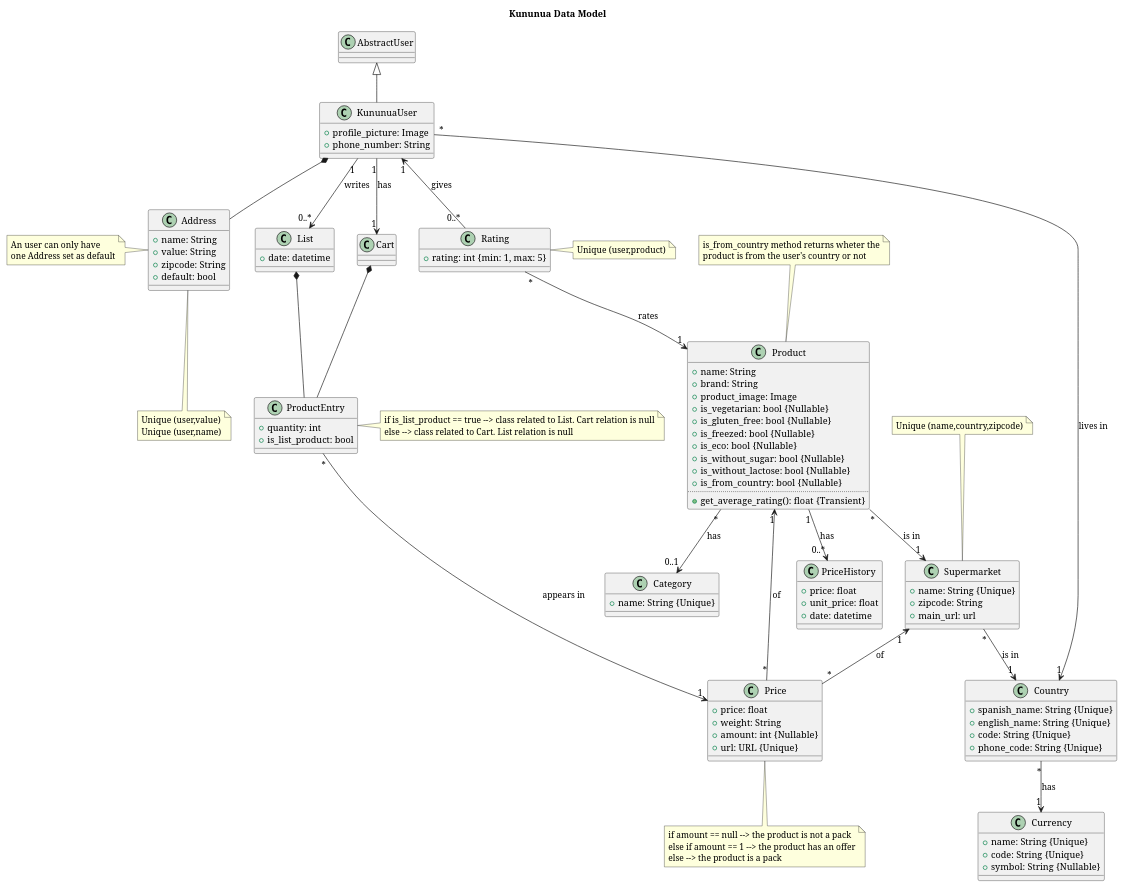
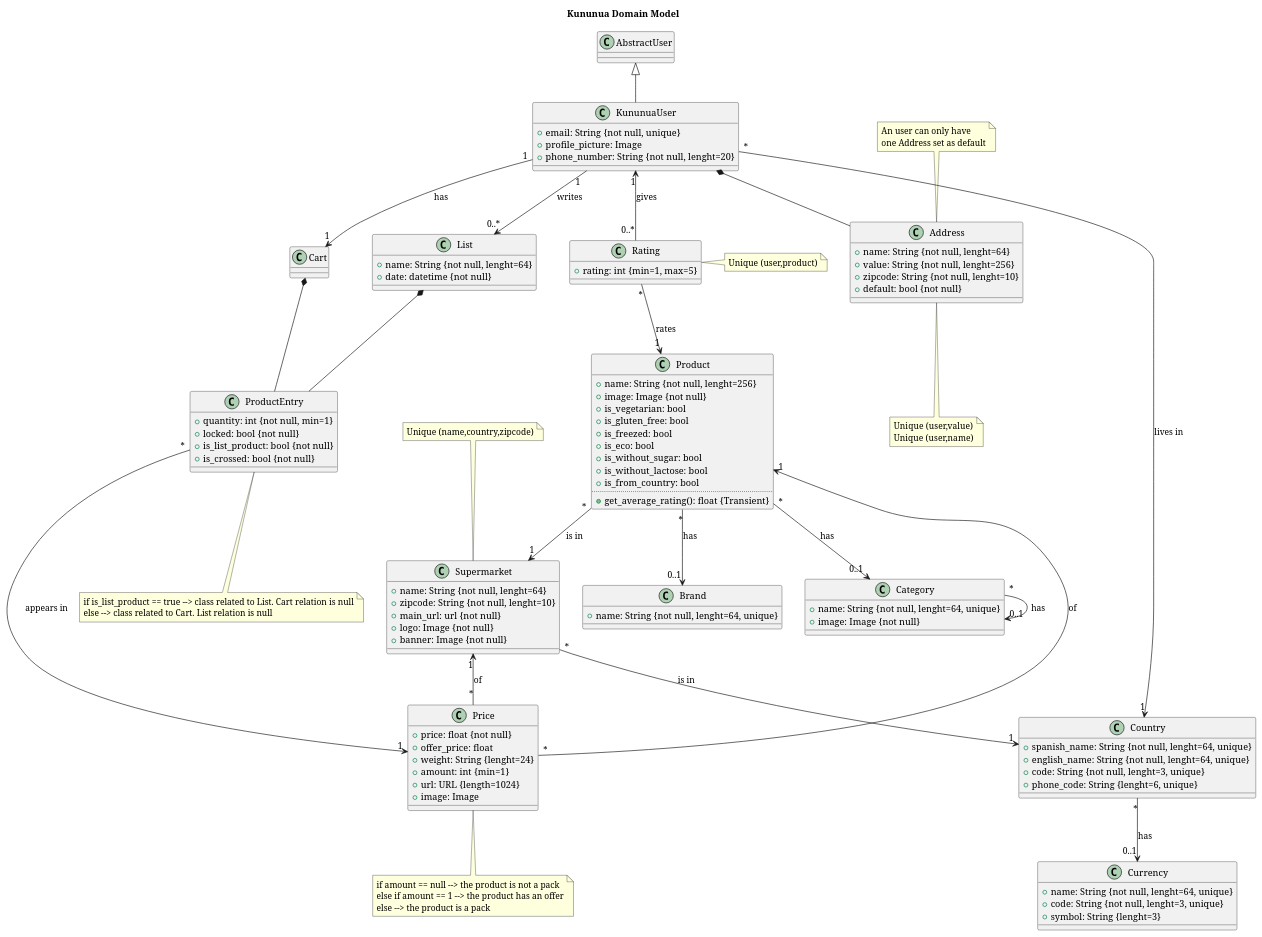
The diagram in documentation/diagrams/src/domain-diagram.wsd (Kununua/kununua-app), drawn with PlantUML before and after one commit. The commit also changed 6 other files, not shown here.

Commit message:
DOCS: ADDING NEW DIAGRAMS

```diff
--- a/documentation/diagrams/src/domain-diagram.wsd
+++ b/documentation/diagrams/src/domain-diagram.wsd
@@ -1,145 +1,147 @@
-@startuml KununuaDataModel
+@startuml KununuaDomainModel
 
 ' --------------- CONFIG ----------------
 
-title Kununua Data Model
+title Kununua Domain Model
 skinparam defaultFontName Serif
 
 ' --------------- CLASSES ----------------
 
 class AbstractUser{}
 
 class KununuaUser{
+    +email: String {not null, unique}
     +profile_picture: Image
-    +phone_number: String
+    +phone_number: String {not null, lenght=20}
 }
 
 class Country{
-    +spanish_name: String {Unique}
-    +english_name: String {Unique}
-    +code: String {Unique}
-    +phone_code: String {Unique}
+    +spanish_name: String {not null, lenght=64, unique}
+    +english_name: String {not null, lenght=64, unique}
+    +code: String {not null, lenght=3, unique}
+    +phone_code: String {lenght=6, unique}
 }
 
 class Currency{
-    +name: String {Unique}
-    +code: String {Unique}
-    +symbol: String {Nullable}
+    +name: String {not null, lenght=64, unique}
+    +code: String {not null, lenght=3, unique}
+    +symbol: String {lenght=3}
 }
 
 class Address{
-    +name: String
-    +value: String
-    +zipcode: String
-    +default: bool
+    +name: String {not null, lenght=64}
+    +value: String {not null, lenght=256}
+    +zipcode: String {not null, lenght=10}
+    +default: bool {not null}
 }
 
 class Product{
-    +name: String
-    +brand: String
-    +product_image: Image
-    +is_vegetarian: bool {Nullable}
-    +is_gluten_free: bool {Nullable}
-    +is_freezed: bool {Nullable}
-    +is_eco: bool {Nullable}
-    +is_without_sugar: bool {Nullable}
-    +is_without_lactose: bool {Nullable}
-    +is_from_country: bool {Nullable}
+    +name: String {not null, lenght=256}
+    +image: Image {not null}
+    +is_vegetarian: bool
+    +is_gluten_free: bool
+    +is_freezed: bool
+    +is_eco: bool
+    +is_without_sugar: bool
+    +is_without_lactose: bool
+    +is_from_country: bool
     ..
     +get_average_rating(): float {Transient}
 }
 
 class Price{
-    +price: float
-    +weight: String
-    +amount: int {Nullable}
-    +url: URL {Unique}
+    +price: float {not null}
+    +offer_price: float
+    +weight: String {lenght=24}
+    +amount: int {min=1}
+    +url: URL {length=1024}
+    +image: Image
+}
+
+class Brand{
+    +name: String {not null, lenght=64, unique}
 }
 
 class Category{
-    +name: String {Unique}
+    +name: String {not null, lenght=64, unique}
+    +image: Image {not null}
 }
 
 class Supermarket{
-    +name: String {Unique}
-    +zipcode: String
-    +main_url: url
+    +name: String {not null, lenght=64}
+    +zipcode: String {not null, lenght=10}
+    +main_url: url {not null}
+    +logo: Image {not null}
+    +banner: Image {not null}
 }
 
 class Rating{
-    +rating: int {min: 1, max: 5}
-}
-
-class PriceHistory{
-    +price: float
-    +unit_price: float
-    +date: datetime
+    +rating: int {min=1, max=5}
 }
 
 class List{
-    +date: datetime
+    +name: String {not null, lenght=64}
+    +date: datetime {not null}
 }
 
 class Cart{}
 
 class ProductEntry{
-    +quantity: int
-    +is_list_product: bool
+    +quantity: int {not null, min=1}
+    +locked: bool {not null}
+    +is_list_product: bool {not null}
+    +is_crossed: bool {not null}
 }
 
 ' --------------- NOTES ----------------
-note left of Address 
+note top of Address 
 An user can only have 
 one Address set as default
 end note
 
 note bottom of Address 
 Unique (user,value)
 Unique (user,name)
-end note
-
-note top of Product
-is_from_country method returns wheter the
-product is from the user's country or not
 end note
 
 note top of Supermarket
 Unique (name,country,zipcode)
 end note
 
 note right of Rating
 Unique (user,product)
 end note
 
-note right of ProductEntry
+note bottom of ProductEntry
 if is_list_product == true --> class related to List. Cart relation is null
 else --> class related to Cart. List relation is null
 end note
 
 note bottom of Price
 if amount == null --> the product is not a pack
 else if amount == 1 --> the product has an offer
 else --> the product is a pack
 end note
 
 ' --------------- RELATIONS ----------------
 
 AbstractUser <|-- KununuaUser
 KununuaUser *-- Address
 KununuaUser "*" --> "1" Country: lives in
 KununuaUser "1" <-- "0..*" Rating: gives
 KununuaUser "1" --> "0..*" List: writes
 KununuaUser "1" --> "1" Cart: has
-Country "*" --> "1" Currency: has
+Country "*" --> "0..1" Currency: has
 Product "*" --> "0..1" Category: has
+Product "*" --> "0..1" Brand: has
+Category "*" --> "0..1" Category: has
 Product "1" <-- "*" Price: of
 Product "*" --> "1" Supermarket: is in
-Product "1" --> "0..*" PriceHistory: has
 Supermarket "*" --> "1" Country: is in
 Supermarket "1" <-- "*" Price: of
 Rating "*" --> "1" Product: rates
 List *-- ProductEntry
 Cart *-- ProductEntry
 ProductEntry "*" --> "1" Price: appears in
 
 @enduml
```
